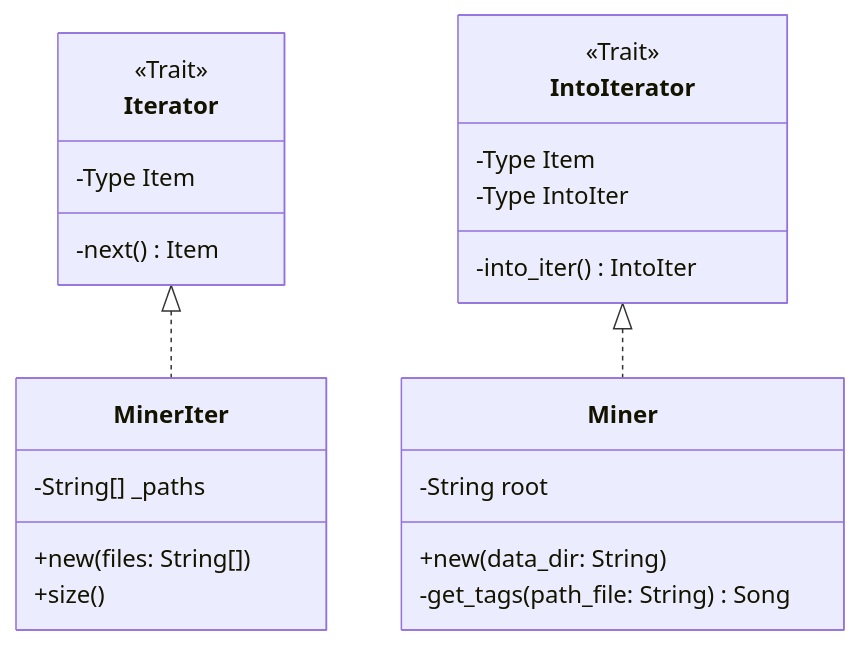
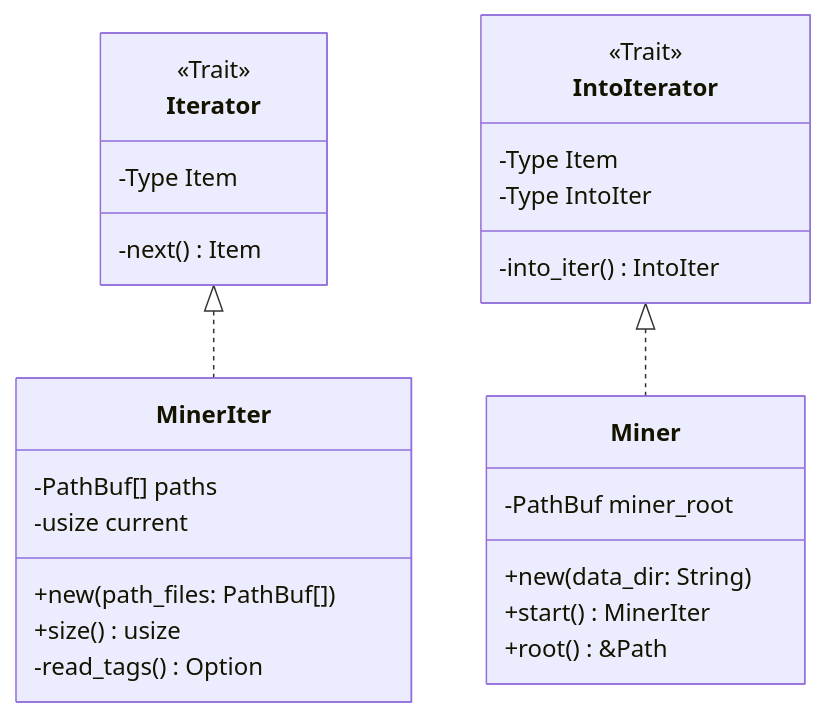
Before and after one commit to hdvvaldes/MP3Interface: the third of 4 diagrams in doc/DESIGN.md, drawn with Mermaid.

Commit message:
doc: Miner documentation for mining just songs

````diff
--- a/doc/DESIGN.md
+++ b/doc/DESIGN.md
@@ -69,30 +69,33 @@
 ```mermaid
 classDiagram
     Iterator <|.. MinerIter
     IntoIterator <|.. Miner
 
     class Miner~Song~ {
-        -String root
+        -PathBuf miner_root 
         +new(data_dir: String)
-        -get_tags(path_file: String) Song
+        +start() MinerIter
+        +root() &Path
     }
 
+    class MinerIter~Result~ {
+        -PathBuf[] paths
+        -usize current
+        +new(path_files: PathBuf[])
+        +size() usize
+        -read_tags() Option<Song>
+    }
+    
     class IntoIterator{
         <<Trait>>
         -Type Item 
         -Type IntoIter
         -into_iter() IntoIter
     }
 
-    class MinerIter~Result~ {
-        -String[] _paths
-        +new(files: String[])
-        +size()
-    }
-    
     class Iterator {
         <<Trait>>  
         -Type Item
         -next() Item
     }
 ```
````
